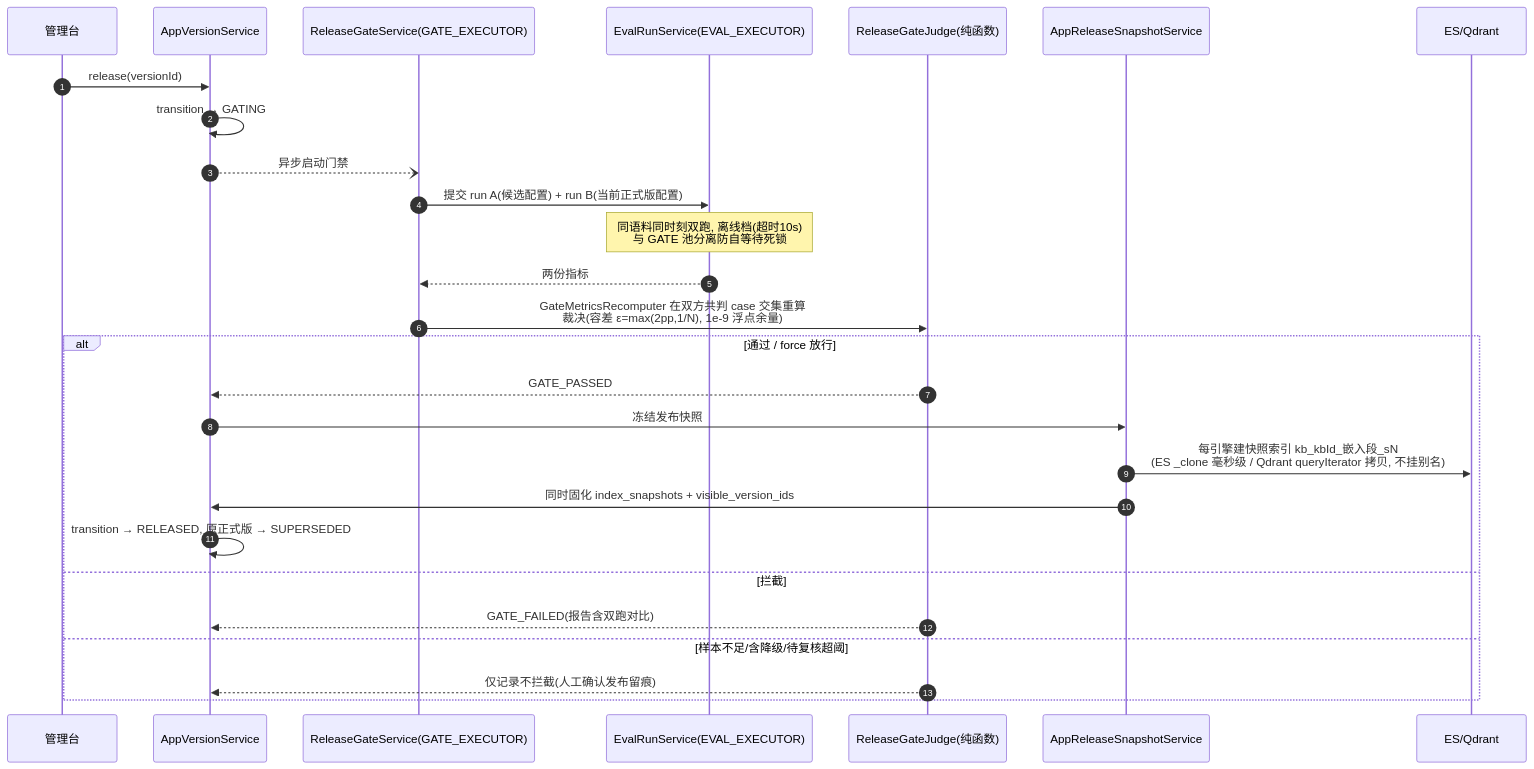
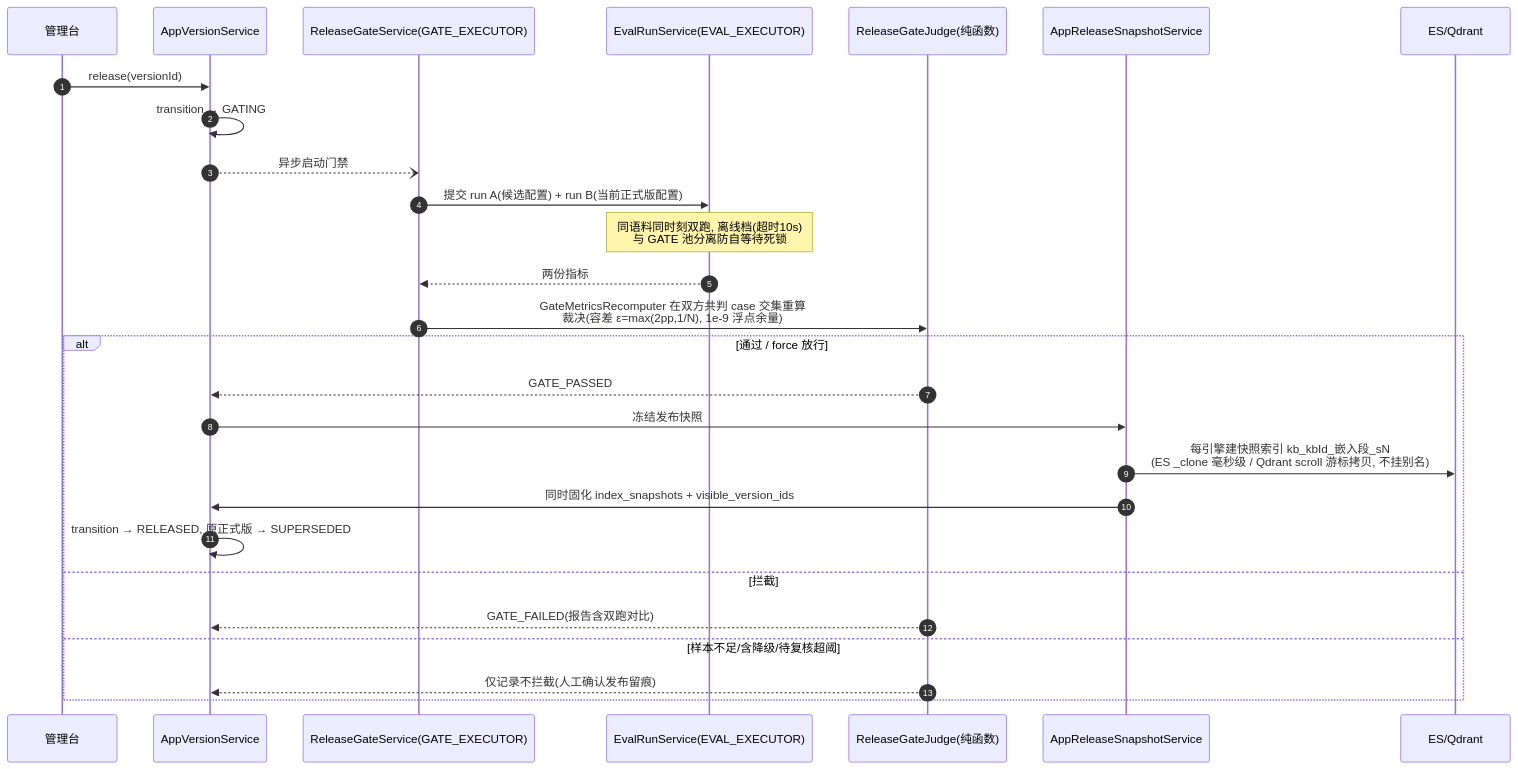
One commit to liulangjietou/kb-rag changed the eighth of 14 diagrams in kb-rag-deploy/docs/FLOWS.md. Above: the diagram before and after it, drawn with Mermaid. The commit also changed 22 other files, not shown here.

````diff
--- a/kb-rag-deploy/docs/FLOWS.md
+++ b/kb-rag-deploy/docs/FLOWS.md
@@ -210,30 +210,30 @@
 ```mermaid
 sequenceDiagram
     autonumber
     participant U as 管理台
     participant AV as AppVersionService
     participant G as ReleaseGateService(GATE_EXECUTOR)
     participant EV as EvalRunService(EVAL_EXECUTOR)
     participant J as ReleaseGateJudge(纯函数)
     participant SN as AppReleaseSnapshotService
     participant E as ES/Qdrant
 
     U->>AV: release(versionId)
     AV->>AV: transition → GATING
     AV--)G: 异步启动门禁
     G->>EV: 提交 run A(候选配置) + run B(当前正式版配置)
     Note over EV: 同语料同时刻双跑, 离线档(超时10s)<br/>与 GATE 池分离防自等待死锁
     EV-->>G: 两份指标
     G->>J: GateMetricsRecomputer 在双方共判 case 交集重算<br/>裁决(容差 ε=max(2pp,1/N), 1e-9 浮点余量)
     alt 通过 / force 放行
         J-->>AV: GATE_PASSED
         AV->>SN: 冻结发布快照
-        SN->>E: 每引擎建快照索引 kb_kbId_嵌入段_sN<br/>(ES _clone 毫秒级 / Qdrant queryIterator 拷贝, 不挂别名)
+        SN->>E: 每引擎建快照索引 kb_kbId_嵌入段_sN<br/>(ES _clone 毫秒级 / Qdrant scroll 游标拷贝, 不挂别名)
         SN->>AV: 同时固化 index_snapshots + visible_version_ids
         AV->>AV: transition → RELEASED, 原正式版 → SUPERSEDED
     else 拦截
         J-->>AV: GATE_FAILED(报告含双跑对比)
     else 样本不足/含降级/待复核超阈
         J-->>AV: 仅记录不拦截(人工确认发布留痕)
     end
 ```
````
